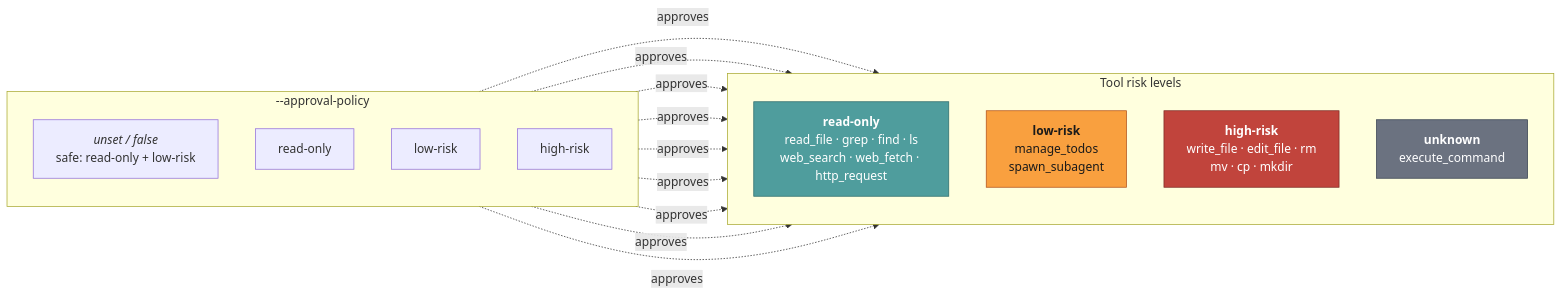
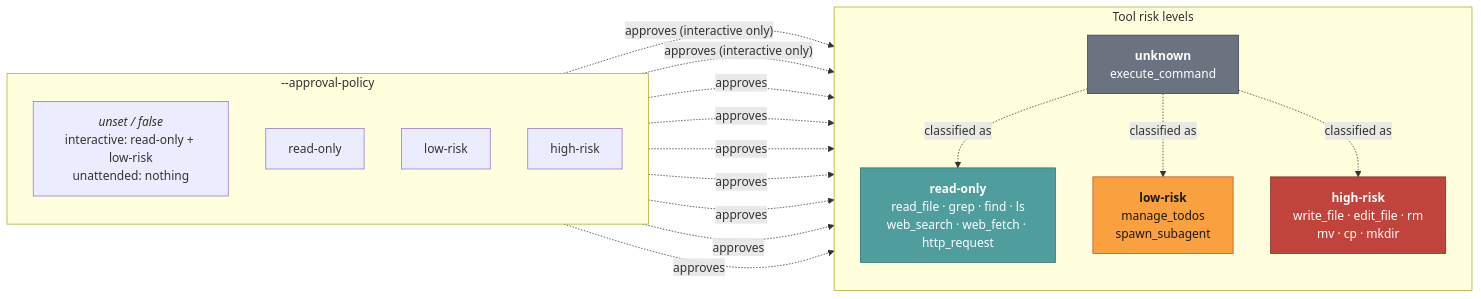
One commit to lvndry/jazz changed the third of 4 diagrams in docs/internals/tools-and-approval.md. Above: the diagram before and after it, drawn with Mermaid. The commit also changed other lines of this file and 31 other files, not shown here.

````diff
--- a/docs/internals/tools-and-approval.md
+++ b/docs/internals/tools-and-approval.md
@@ -89,37 +89,40 @@
 ```mermaid
 flowchart LR
     subgraph tiers["Tool risk levels"]
         direction TB
         RO["<b>read-only</b><br/>read_file · grep · find · ls<br/>web_search · web_fetch · http_request"]
         LR["<b>low-risk</b><br/>manage_todos<br/>spawn_subagent"]
         HR["<b>high-risk</b><br/>write_file · edit_file · rm<br/>mv · cp · mkdir"]
         UN["<b>unknown</b><br/>execute_command"]
     end
 
     subgraph policies["--approval-policy"]
         direction TB
-        P0["<i>unset / false</i><br/>safe: read-only + low-risk"]
+        P0["<i>unset / false</i><br/>interactive: read-only + low-risk<br/>unattended: nothing"]
         P1["read-only"]
         P2["low-risk"]
         P3["high-risk"]
     end
 
-    P0 -.->|approves| RO
-    P0 -.->|approves| LR
+    P0 -.->|"approves (interactive only)"| RO
+    P0 -.->|"approves (interactive only)"| LR
     P1 -.->|approves| RO
     P2 -.->|approves| RO
     P2 -.->|approves| LR
     P3 -.->|approves| RO
     P3 -.->|approves| LR
     P3 -.->|approves| HR
     P3 -.->|approves| UN
+    UN -.->|classified as| RO
+    UN -.->|classified as| LR
+    UN -.->|classified as| HR
 
     classDef safe fill:#4f9d9d,stroke:#2f6d6d,color:#ffffff
     classDef warn fill:#f9a03f,stroke:#b3541e,color:#1a1a1a
     classDef bad fill:#c1443c,stroke:#7d2b26,color:#ffffff
     classDef muted fill:#6b7280,stroke:#374151,color:#ffffff
     class RO safe
     class LR warn
     class HR bad
     class UN muted
 ```
````
